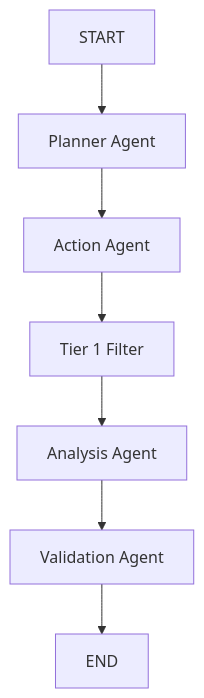
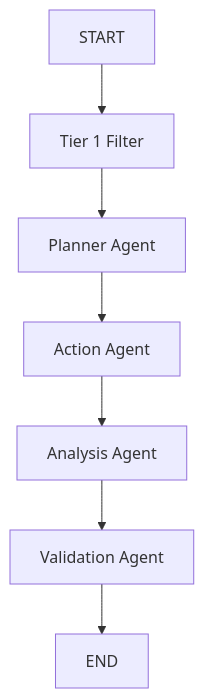
One commit to IT24100316/Campus-Placement-System changed the diagram in ai-service-python/README_AGENTS.md. Above: the diagram before and after it, drawn with Mermaid. The commit also changed 1 other file, not shown here.

Commit message:
docs(orchestration): update readmes and test scripts to reflect tier 1 pipeline change

````diff
--- a/ai-service-python/README_AGENTS.md
+++ b/ai-service-python/README_AGENTS.md
@@ -22,9 +22,9 @@
 ```mermaid
 graph TD
-    START --> planner[Planner Agent]
+    START --> tier1[Tier 1 Filter]
+    tier1 --> planner[Planner Agent]
     planner --> action[Action Agent]
-    action --> tier1[Tier 1 Filter]
-    tier1 --> analysis[Analysis Agent]
+    action --> analysis[Analysis Agent]
     analysis --> validation[Validation Agent]
     validation --> END
 ```
````
